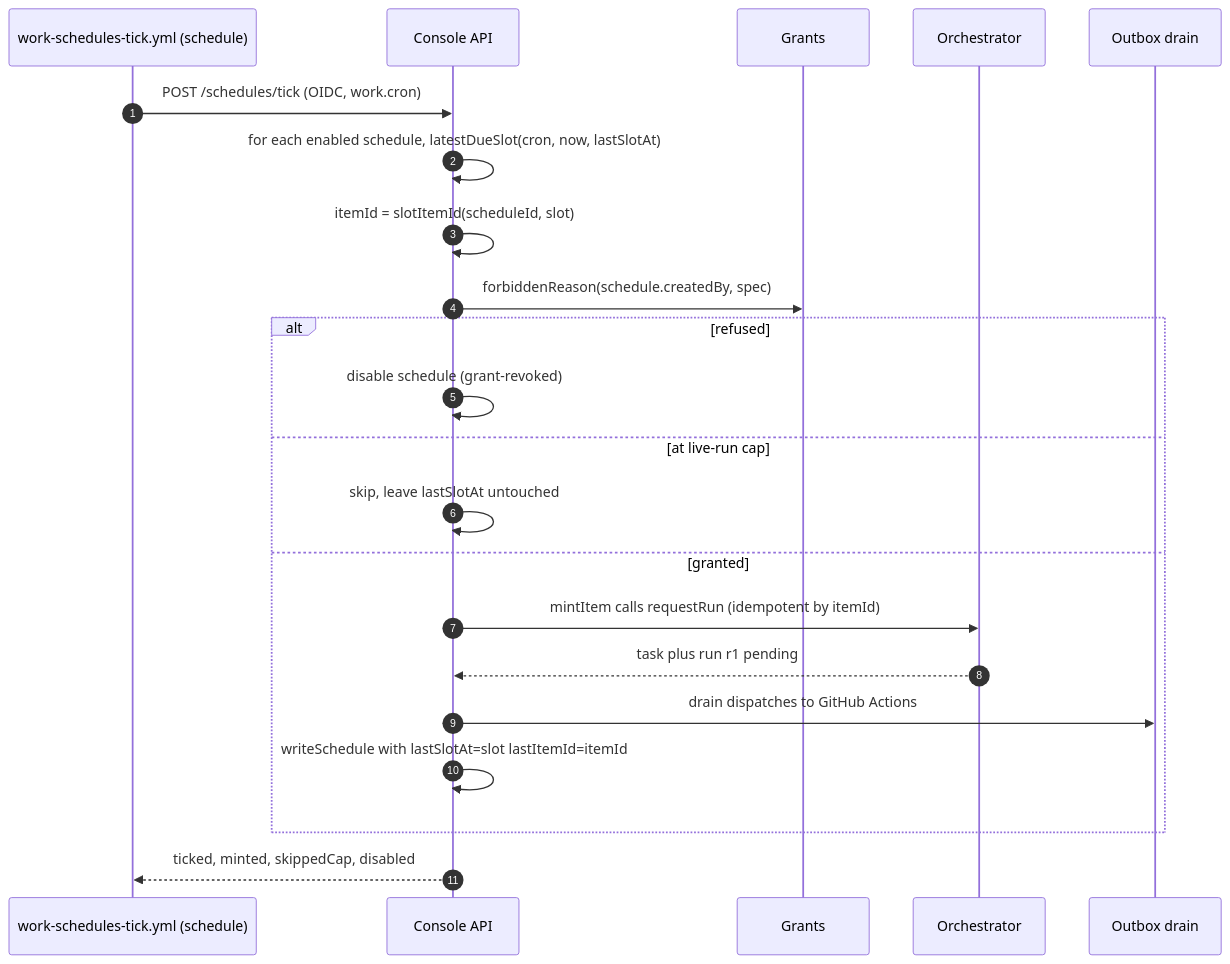
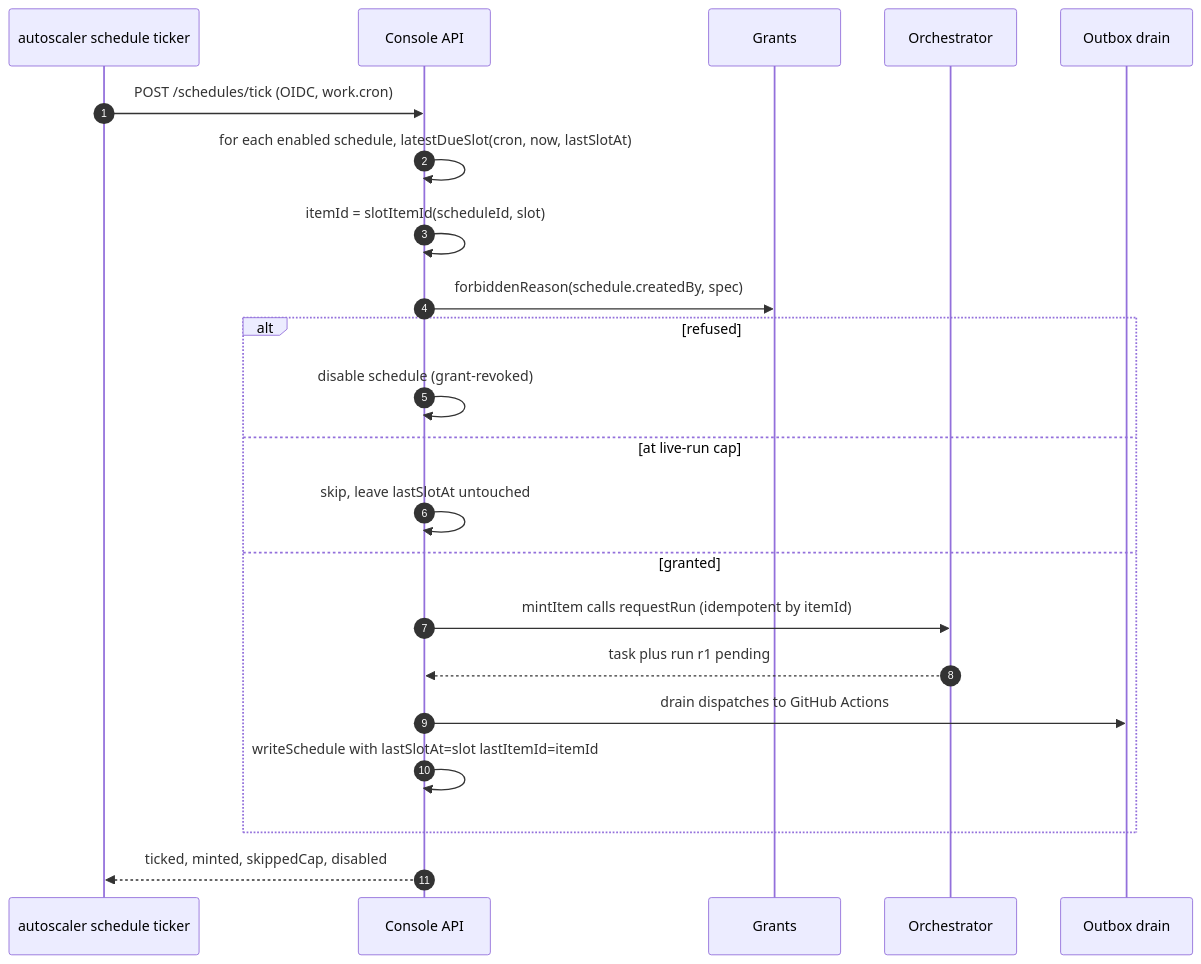
One commit to jlapenna/agent-lcars changed the fifth of 9 diagrams in docs/superpowers/specs/2026-08-23-native-work-items-design.md. Above: the diagram before and after it, drawn with Mermaid. The commit also changed other lines of this file and 30 other files, not shown here.

First line of the commit message:
feat(autoscaler): own native schedule ticks (#1597)

````diff
--- a/docs/superpowers/specs/2026-08-23-native-work-items-design.md
+++ b/docs/superpowers/specs/2026-08-23-native-work-items-design.md
@@ -801,25 +792,25 @@
 ```mermaid
 sequenceDiagram
   autonumber
-  participant S as work-schedules-tick.yml (schedule)
+  participant S as autoscaler schedule ticker
   participant API as Console API
   participant G as Grants
   participant X as Orchestrator
   participant D as Outbox drain
 
   S->>API: POST /schedules/tick (OIDC, work.cron)
   API->>API: for each enabled schedule, latestDueSlot(cron, now, lastSlotAt)
   API->>API: itemId = slotItemId(scheduleId, slot)
   API->>G: forbiddenReason(schedule.createdBy, spec)
   alt refused
     API->>API: disable schedule (grant-revoked)
   else at live-run cap
     API->>API: skip, leave lastSlotAt untouched
   else granted
     API->>X: mintItem calls requestRun (idempotent by itemId)
     X-->>API: task plus run r1 pending
     API->>D: drain dispatches to GitHub Actions
     API->>API: writeSchedule with lastSlotAt=slot lastItemId=itemId
   end
   API-->>S: ticked, minted, skippedCap, disabled
 ```
````
